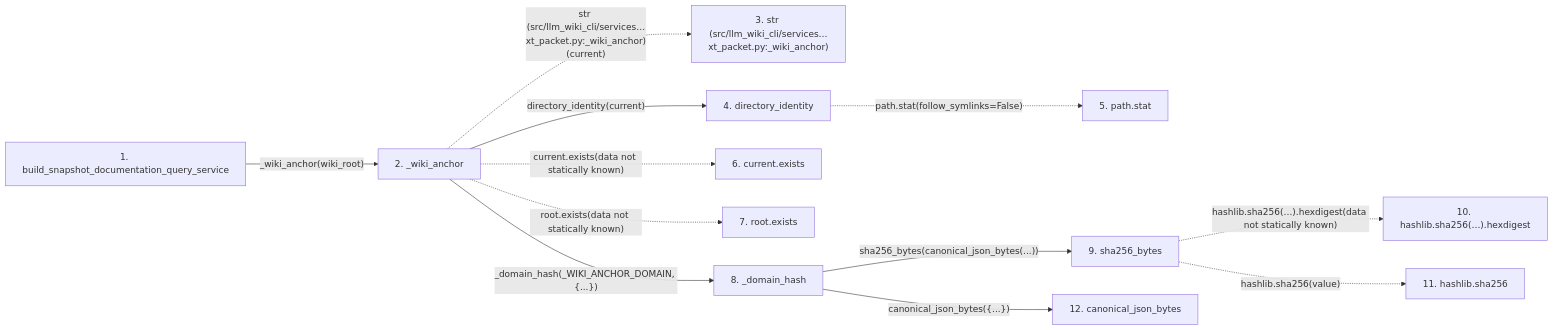
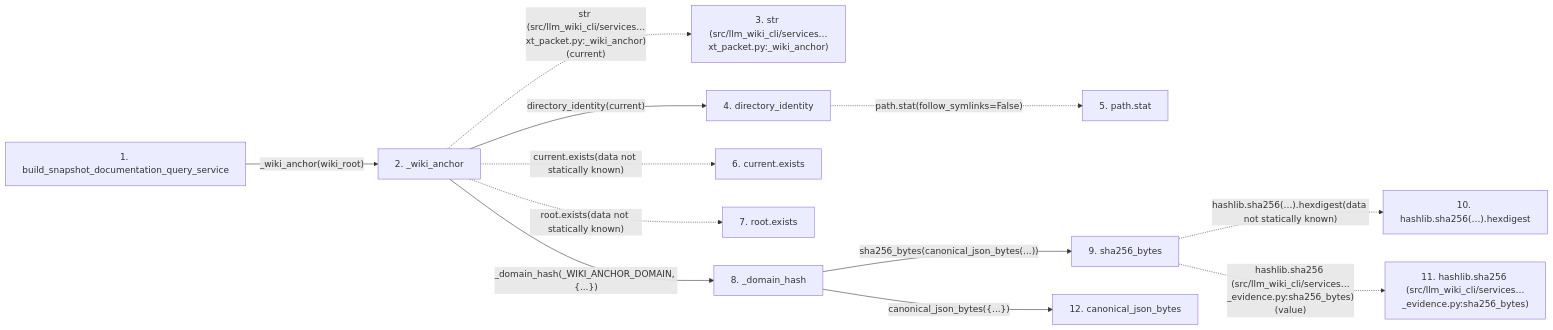
The second of 2 diagrams in docs/llm_wiki/flows/api-build_snapshot_documentation_query_service.md (Denissvgn/python-wiki-llm), drawn with Mermaid before and after one commit. The commit also changed other lines of this file and 6245 other files, not shown here.

````diff
--- a/docs/llm_wiki/flows/api-build_snapshot_documentation_query_service.md
+++ b/docs/llm_wiki/flows/api-build_snapshot_documentation_query_service.md
@@ -105,32 +107,32 @@
 ```mermaid
 flowchart LR
     s1["1. build_snapshot_documentation_query_service"]
     s2["2. _wiki_anchor"]
     s3["3. str (src/llm_wiki_cli/services…xt_packet.py:_wiki_anchor)"]
     s4["4. directory_identity"]
     s5["5. path.stat"]
     s6["6. current.exists"]
     s7["7. root.exists"]
     s8["8. _domain_hash"]
     s9["9. sha256_bytes"]
     s10["10. hashlib.sha256(…).hexdigest"]
-    s11["11. hashlib.sha256"]
+    s11["11. hashlib.sha256 (src/llm_wiki_cli/services…_evidence.py:sha256_bytes)"]
     s12["12. canonical_json_bytes"]
     s1 -->|"_wiki_anchor(wiki_root)"| s2
     s2 -. "str (src/llm_wiki_cli/services…xt_packet.py:_wiki_anchor)(current)" .-> s3
     s2 -->|"directory_identity(current)"| s4
     s4 -. "path.stat(follow_symlinks=False)" .-> s5
     s2 -. "current.exists(data not statically known)" .-> s6
     s2 -. "root.exists(data not statically known)" .-> s7
     s2 -->|"_domain_hash(_WIKI_ANCHOR_DOMAIN, {...})"| s8
     s8 -->|"sha256_bytes(canonical_json_bytes(...))"| s9
     s9 -. "hashlib.sha256(…).hexdigest(data not statically known)" .-> s10
-    s9 -. "hashlib.sha256(value)" .-> s11
+    s9 -. "hashlib.sha256 (src/llm_wiki_cli/services…_evidence.py:sha256_bytes)(value)" .-> s11
     s8 -->|"canonical_json_bytes({...})"| s12
     click s1 "../modules/documentation_query_builder.md"
     click s2 "../modules/context_packet.md"
     click s4 "../modules/source_snapshot.md"
     click s8 "../modules/context_packet.md"
     click s9 "../modules/knowledge_evidence.md"
     click s12 "../modules/knowledge_evidence.md"
 ```
````
